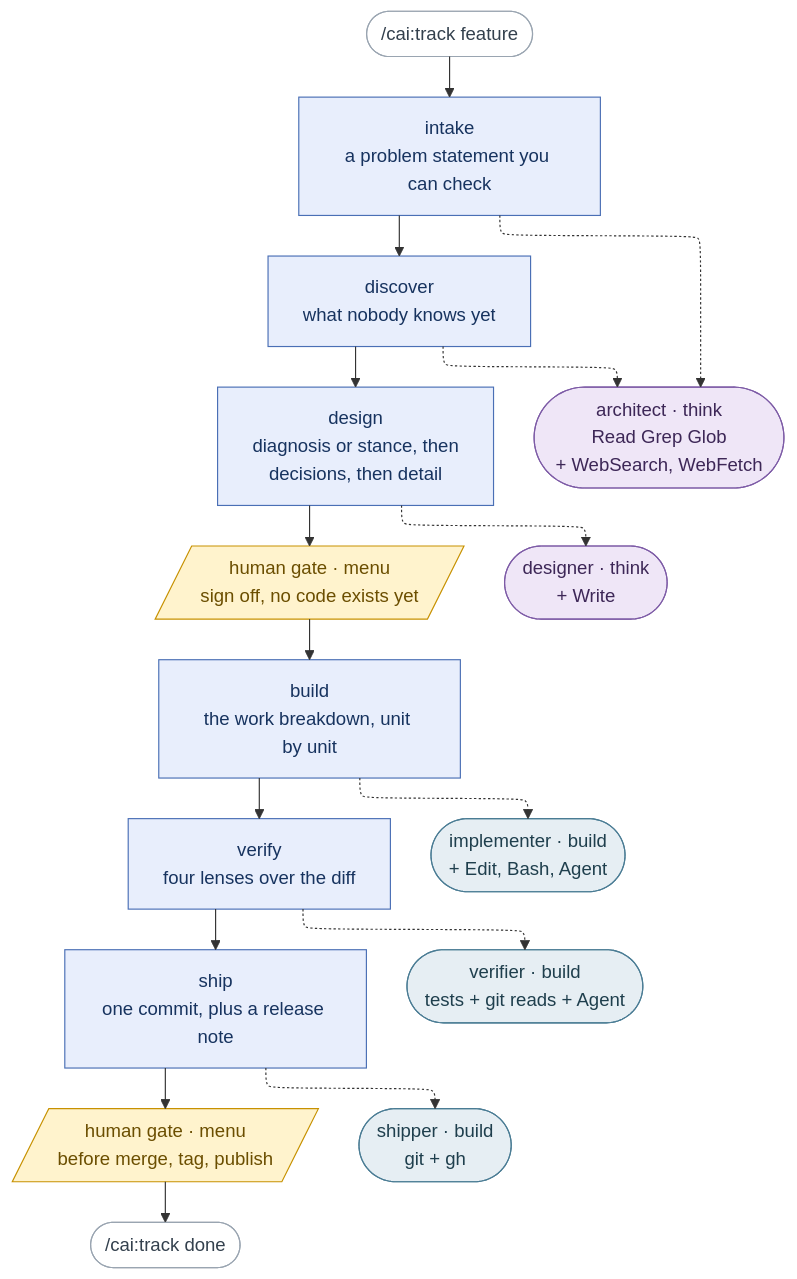
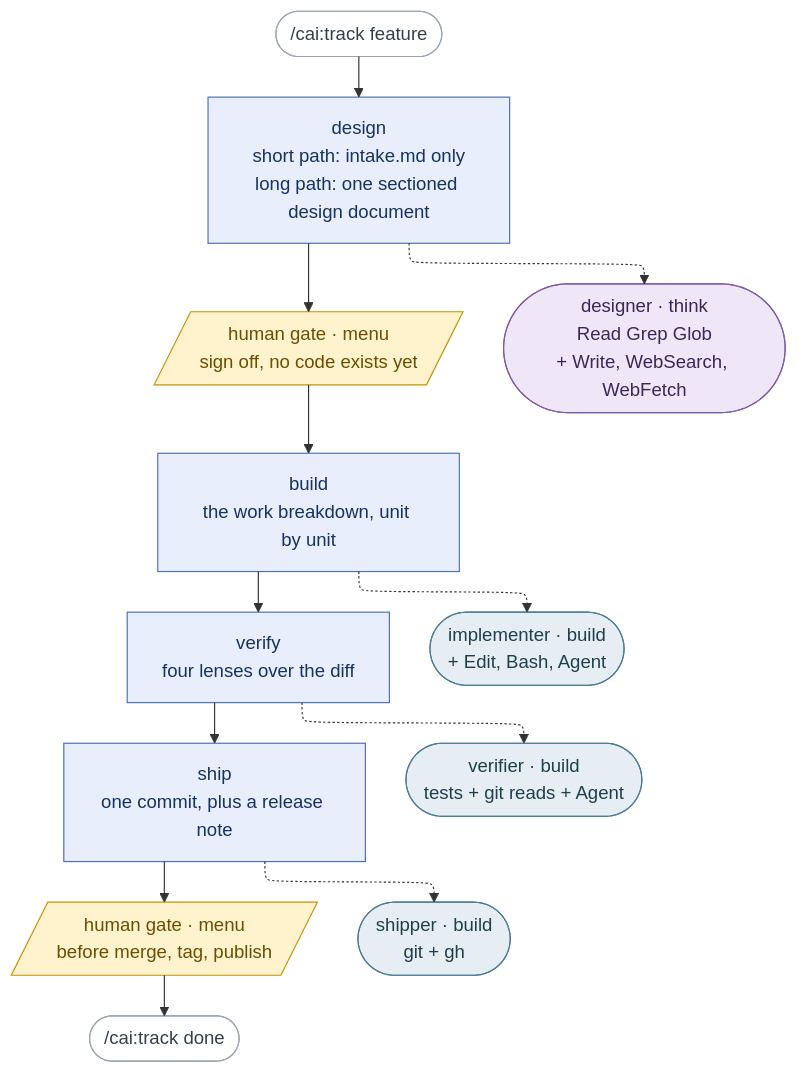
The diagram in README.md (millerlai/claude-all-in-one), drawn with Mermaid before and after one commit. The commit also changed other lines of this file and 10 other files, not shown here.

First line of the commit message:
docs: describe the four-stage track and the short and long paths

````diff
--- a/README.md
+++ b/README.md
@@ -42,43 +44,38 @@
 ```mermaid
 ---
 config:
   flowchart:
     defaultRenderer: "elk"
 ---
 flowchart TB
     START(["/cai:track feature"]) --> S1
 
-    S1["intake<br/>a problem statement you can check"] --> S2
-    S2["discover<br/>what nobody knows yet"] --> S3
-    S3["design<br/>diagnosis or stance, then<br/>decisions, then detail"] --> HG1
-    HG1[/"human gate · menu<br/>sign off, no code exists yet"/] --> S4
-    S4["build<br/>the work breakdown, unit by unit"] --> S5
-    S5["verify<br/>four lenses over the diff"] --> S6
-    S6["ship<br/>one commit, plus a release note"] --> HG2
+    S1["design<br/>short path: intake.md only<br/>long path: one sectioned design document"] --> HG1
+    HG1[/"human gate · menu<br/>sign off, no code exists yet"/] --> S2
+    S2["build<br/>the work breakdown, unit by unit"] --> S3
+    S3["verify<br/>four lenses over the diff"] --> S4
+    S4["ship<br/>one commit, plus a release note"] --> HG2
     HG2[/"human gate · menu<br/>before merge, tag, publish"/] --> DONE(["/cai:track done"])
 
-    S1 -.-> AR
-    S2 -.-> AR
-    S3 -.-> DE
-    S4 -.-> IM
-    S5 -.-> VE
-    S6 -.-> SH
+    S1 -.-> DE
+    S2 -.-> IM
+    S3 -.-> VE
+    S4 -.-> SH
 
-    AR(["architect · think<br/>Read Grep Glob<br/>+ WebSearch, WebFetch"])
-    DE(["designer · think<br/>+ Write"])
+    DE(["designer · think<br/>Read Grep Glob<br/>+ Write, WebSearch, WebFetch"])
     IM(["implementer · build<br/>+ Edit, Bash, Agent"])
     VE(["verifier · build<br/>tests + git reads + Agent"])
     SH(["shipper · build<br/>git + gh"])
 
     classDef stage fill:#e8eefc,stroke:#4a6fb5,color:#17335f
     classDef human fill:#fff3cd,stroke:#c79100,color:#6b4e00
     classDef think fill:#efe6f7,stroke:#7d5ba6,color:#3d2757
     classDef build fill:#e6eef3,stroke:#4a7c94,color:#1f3f4d
     classDef ends fill:#ffffff,stroke:#9aa5b1,color:#33404d
 
-    class S1,S2,S3,S4,S5,S6 stage
+    class S1,S2,S3,S4 stage
     class HG1,HG2 human
-    class AR,DE think
+    class DE think
     class IM,VE,SH build
     class START,DONE ends
 ```
````
